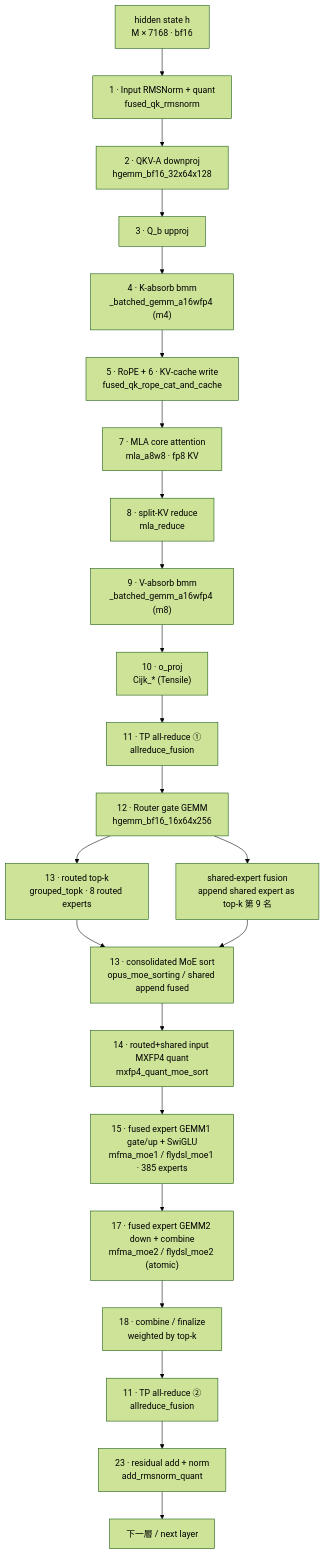
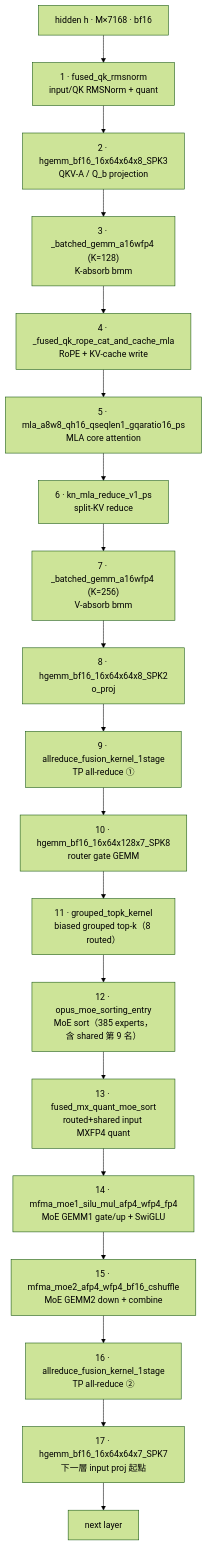
Before and after one commit to youyun8/deep-kernel-handbook: the first of 2 diagrams in docs/aiter/index.md, drawn with Mermaid (forest theme). The commit also changed other lines of this file and 36 other files, not shown here.

````diff
--- a/docs/aiter/index.md
+++ b/docs/aiter/index.md
@@ -79,30 +100,26 @@
 ```mermaid
 flowchart TB
-  X["hidden state h<br/>M × 7168 · bf16"] --> S1["1 · Input RMSNorm + quant<br/>fused_qk_rmsnorm"]
-  S1 --> S2["2 · QKV-A downproj<br/>hgemm_bf16_32x64x128"]
-  S2 --> S3["3 · Q_b upproj"]
-  S3 --> S4["4 · K-absorb bmm<br/>_batched_gemm_a16wfp4 (m4)"]
-  S4 --> S56["5 · RoPE + 6 · KV-cache write<br/>fused_qk_rope_cat_and_cache"]
-  S56 --> S7["7 · MLA core attention<br/>mla_a8w8 · fp8 KV"]
-  S7 --> S8["8 · split-KV reduce<br/>mla_reduce"]
-  S8 --> S9["9 · V-absorb bmm<br/>_batched_gemm_a16wfp4 (m8)"]
-  S9 --> S10["10 · o_proj<br/>Cijk_* (Tensile)"]
-  S10 --> S11a["11 · TP all-reduce ①<br/>allreduce_fusion"]
-  S11a --> S12["12 · Router gate GEMM<br/>hgemm_bf16_16x64x256"]
-  S12 --> S13r["13 · routed top-k<br/>grouped_topk · 8 routed experts"]
-  S12 --> S13s["shared-expert fusion<br/>append shared expert as top-k 第 9 名"]
-  S13r --> S13m["13 · consolidated MoE sort<br/>opus_moe_sorting / shared append fused"]
-  S13s --> S13m
-  S13m --> S14["14 · routed+shared input MXFP4 quant<br/>mxfp4_quant_moe_sort"]
-  S14 --> S15["15 · fused expert GEMM1 gate/up + SwiGLU<br/>mfma_moe1 / flydsl_moe1 · 385 experts"]
-  S15 --> S17["17 · fused expert GEMM2 down + combine<br/>mfma_moe2 / flydsl_moe2 (atomic)"]
-  S17 --> S18["18 · combine / finalize<br/>weighted by top-k"]
-  S18 --> S11b["11 · TP all-reduce ②<br/>allreduce_fusion"]
-  S11b --> S23["23 · residual add + norm<br/>add_rmsnorm_quant"]
-  S23 --> OUT["下一層 / next layer"]
-  class X,OUT accBlue;
-  class S7,S8 accTeal;
-  class S11a,S11b accAmber;
-  class S13s accGreen;
-  class S15,S17 flagship;
+  A0["hidden h · M×7168 · bf16"] --> A1["1 · fused_qk_rmsnorm<br/>input/QK RMSNorm + quant"]
+  A1 --> A2["2 · hgemm_bf16_16x64x64x8_SPK3<br/>QKV-A / Q_b projection"]
+  A2 --> A3["3 · _batched_gemm_a16wfp4 (K=128)<br/>K-absorb bmm"]
+  A3 --> A4["4 · _fused_qk_rope_cat_and_cache_mla<br/>RoPE + KV-cache write"]
+  A4 --> A5["5 · mla_a8w8_qh16_qseqlen1_gqaratio16_ps<br/>MLA core attention"]
+  A5 --> A6["6 · kn_mla_reduce_v1_ps<br/>split-KV reduce"]
+  A6 --> A7["7 · _batched_gemm_a16wfp4 (K=256)<br/>V-absorb bmm"]
+  A7 --> A8["8 · hgemm_bf16_16x64x64x8_SPK2<br/>o_proj"]
+  A8 --> A9["9 · allreduce_fusion_kernel_1stage<br/>TP all-reduce ①"]
+  A9 --> A10["10 · hgemm_bf16_16x64x128x7_SPK8<br/>router gate GEMM"]
+  A10 --> A11["11 · grouped_topk_kernel<br/>biased grouped top-k（8 routed）"]
+  A11 --> A12["12 · opus_moe_sorting_entry<br/>MoE sort（385 experts，含 shared 第 9 名）"]
+  A12 --> A13["13 · fused_mx_quant_moe_sort<br/>routed+shared input MXFP4 quant"]
+  A13 --> A14["14 · mfma_moe1_silu_mul_afp4_wfp4_fp4<br/>MoE GEMM1 gate/up + SwiGLU"]
+  A14 --> A15["15 · mfma_moe2_afp4_wfp4_bf16_cshuffle<br/>MoE GEMM2 down + combine"]
+  A15 --> A16["16 · allreduce_fusion_kernel_1stage<br/>TP all-reduce ②"]
+  A16 --> A17["17 · hgemm_bf16_16x64x64x7_SPK7<br/>下一層 input proj 起點"]
+  A17 --> AOUT["next layer"]
+  class A0,AOUT accBlue;
+  class A5,A6 accTeal;
+  class A9,A16 accAmber;
+  class A12 accGreen;
+  class A14,A15 flagship;
 ```
````
